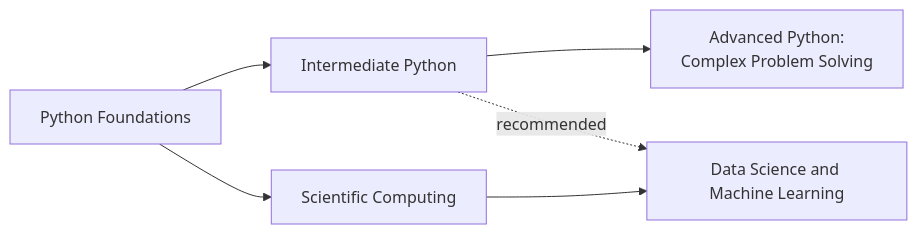
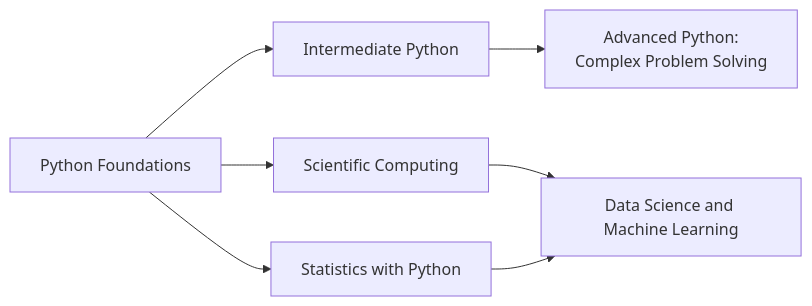
Before and after one commit to freecampus/python: the diagram in docs/index.qmd, drawn with Mermaid. The commit also changed other lines of this file and 11 other files, not shown here.

````diff
--- a/docs/index.qmd
+++ b/docs/index.qmd
@@ -138,13 +148,16 @@
 ```{mermaid}
 %%| echo: false
 %%| eval: true
 flowchart LR
   F[Python Foundations]
   I[Intermediate Python]
   A[Advanced Python:<br/>Complex Problem Solving]
   S[Scientific Computing]
+  T[Statistics with Python]
   M[Data Science and Machine Learning]
   F --> I --> A
-  F --> S --> M
-  I -. recommended .-> M
+  F --> S
+  F --> T
+  S --> M
+  T --> M
 ```
````
